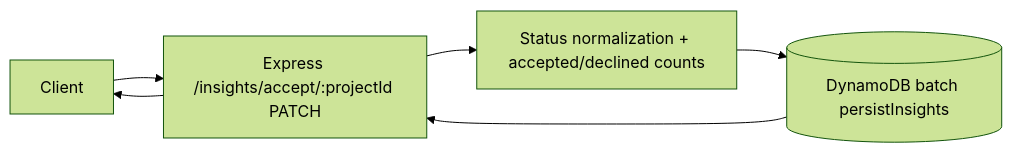
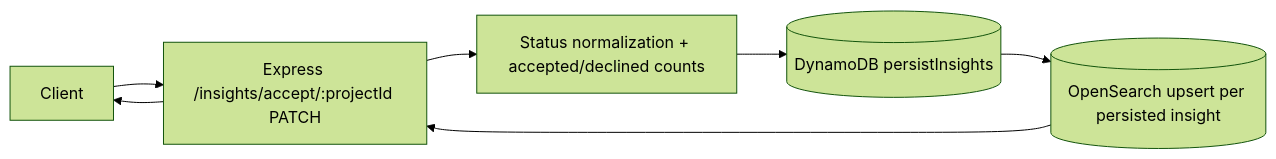
Before and after one commit to samriddhishree/aetio-backend: the sixth of 7 diagrams in README.md, drawn with Mermaid (forest theme). The commit also changed other lines of this file and 2 other files, not shown here.

Commit message:
ensure dynamo/opensearch sync

````diff
--- a/README.md
+++ b/README.md
@@ -305,8 +310,9 @@
 ```mermaid
 flowchart LR
   C[Client] --> API[Express /insights/accept/:projectId PATCH]
   API --> N[Status normalization + accepted/declined counts]
-  N --> DDB[(DynamoDB batch persistInsights)]
-  DDB --> API
+  N --> DDB[(DynamoDB persistInsights)]
+  DDB --> OS[(OpenSearch upsert per persisted insight)]
+  OS --> API
   API --> C
 ```
````
